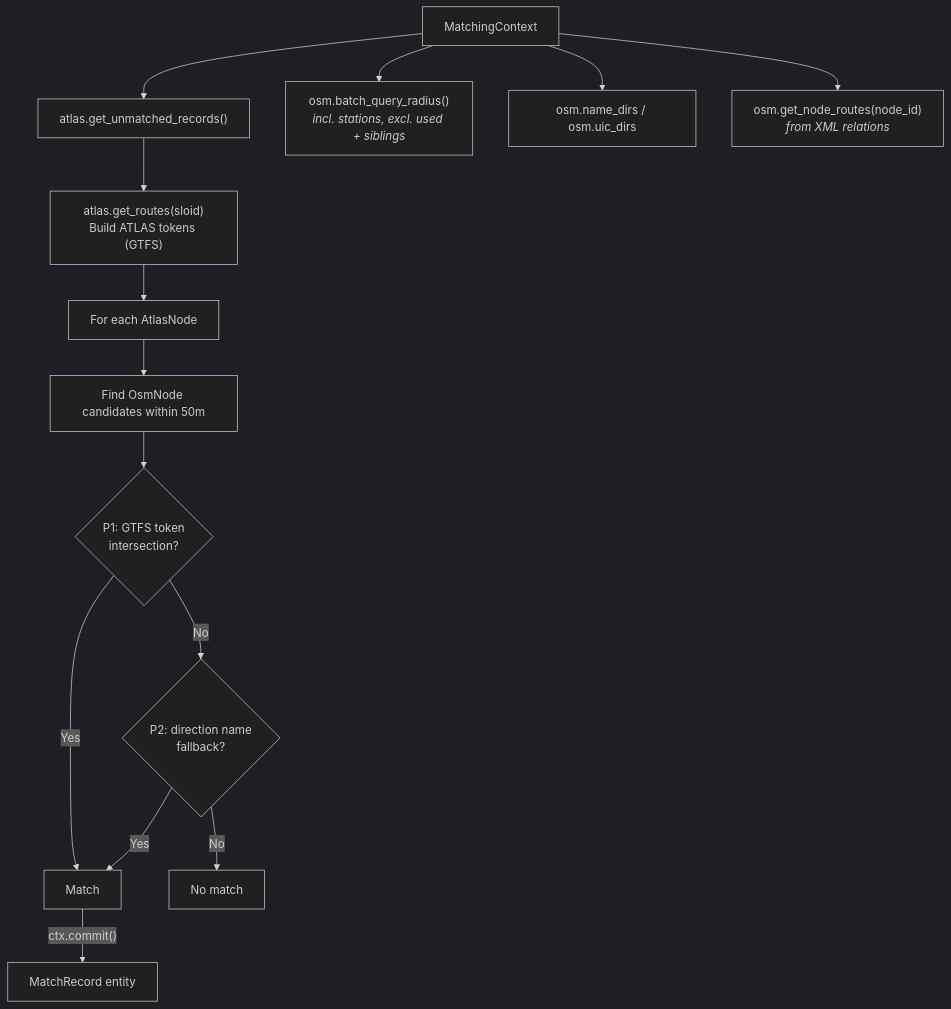
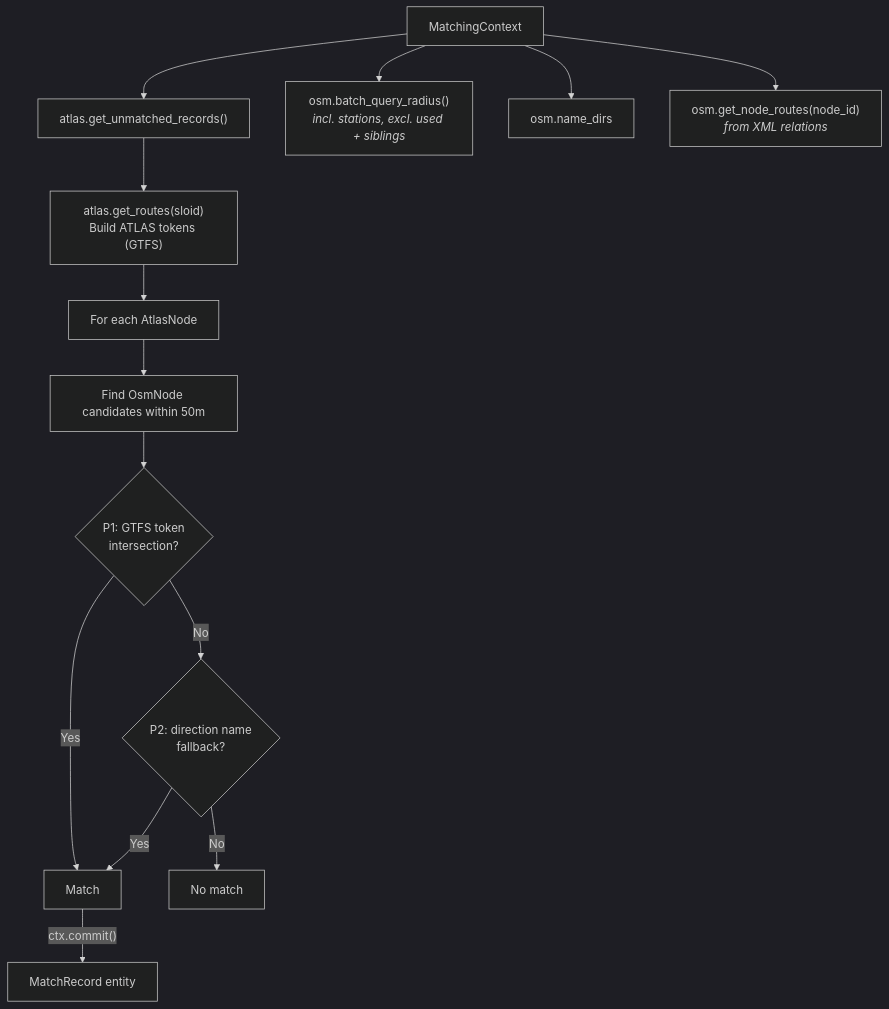
Before and after one commit to openTdataCH/stop_sync_osm_atlas: the diagram in documentation/2.4 Route Matching.md, drawn with Mermaid (dark theme). The commit also changed other lines of this file and 46 other files, not shown here.

````diff
--- a/documentation/2.4 Route Matching.md
+++ b/documentation/2.4 Route Matching.md
@@ -5,17 +5,17 @@
 ```mermaid
 flowchart TB
     CTX["MatchingContext"] --> UA["atlas.get_unmatched_records()"]
     CTX --> OSM["osm.batch_query_radius()<br/><i>incl. stations, excl. used + siblings</i>"]
-    CTX --> DIRS["osm.name_dirs / osm.uic_dirs"]
+    CTX --> DIRS["osm.name_dirs"]
     CTX --> NR["osm.get_node_routes(node_id)<br/><i>from XML relations</i>"]
 
     UA --> T["atlas.get_routes(sloid)<br/>Build ATLAS tokens (GTFS)"]
     T --> LOOP["For each AtlasNode"]
     LOOP --> C["Find OsmNode candidates within 50m"]
     C --> P1{"P1: GTFS token<br/>intersection?"}
     P1 -->|Yes| M["Match"]
     P1 -->|No| P2{"P2: direction name<br/>fallback?"}
     P2 -->|Yes| M
     P2 -->|No| X["No match"]
     M -->|"ctx.commit()"| OUT["MatchRecord entity"]
 ```
````
